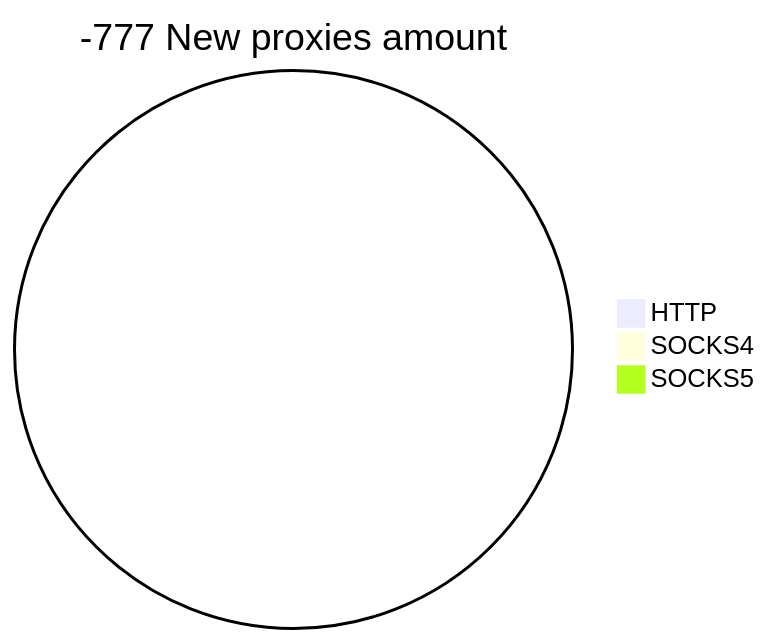
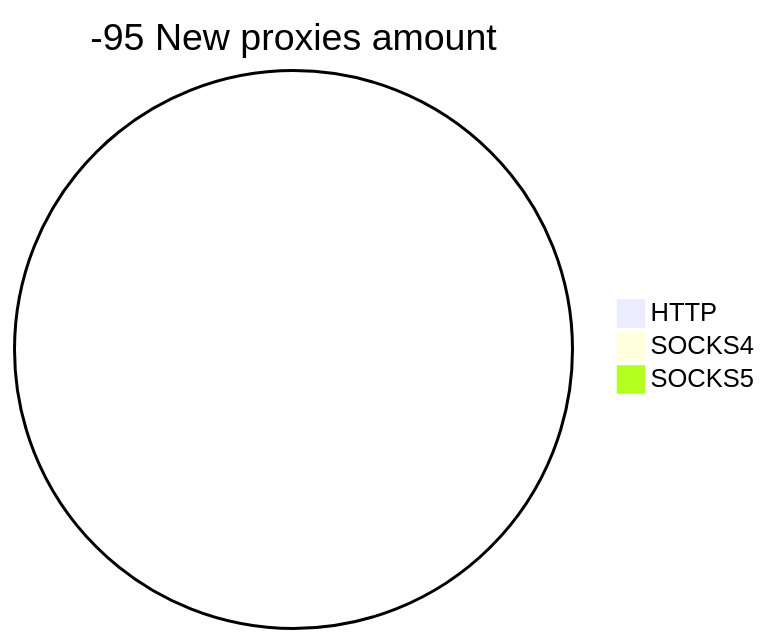
Before and after one commit to cutipu/proxylist: the second of 2 diagrams in README.md, drawn with Mermaid. The commit also changed other lines of this file, not shown here.

````diff
--- a/README.md
+++ b/README.md
@@ -10,6 +10,6 @@
 ```mermaid
-pie title -777 New proxies amount
+pie title -95 New proxies amount
     "HTTP" : 0
     "SOCKS4" : 0
     "SOCKS5" : 0
 ```
````
